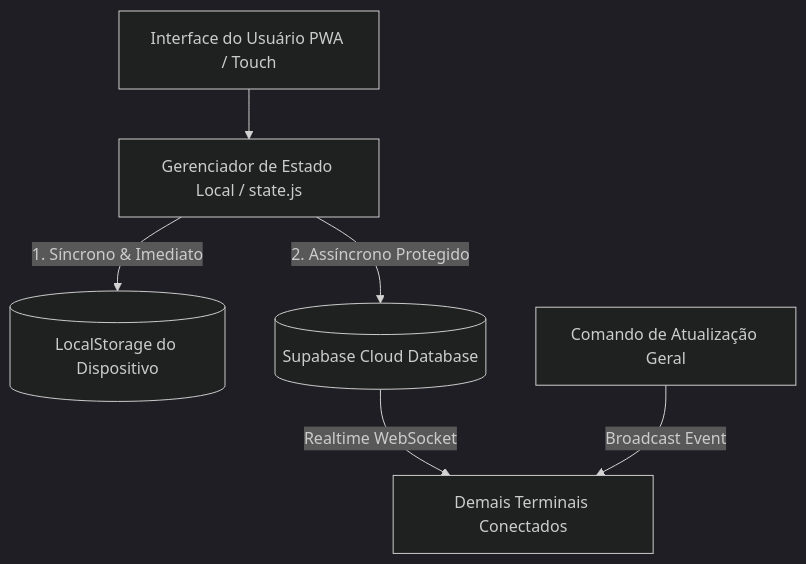
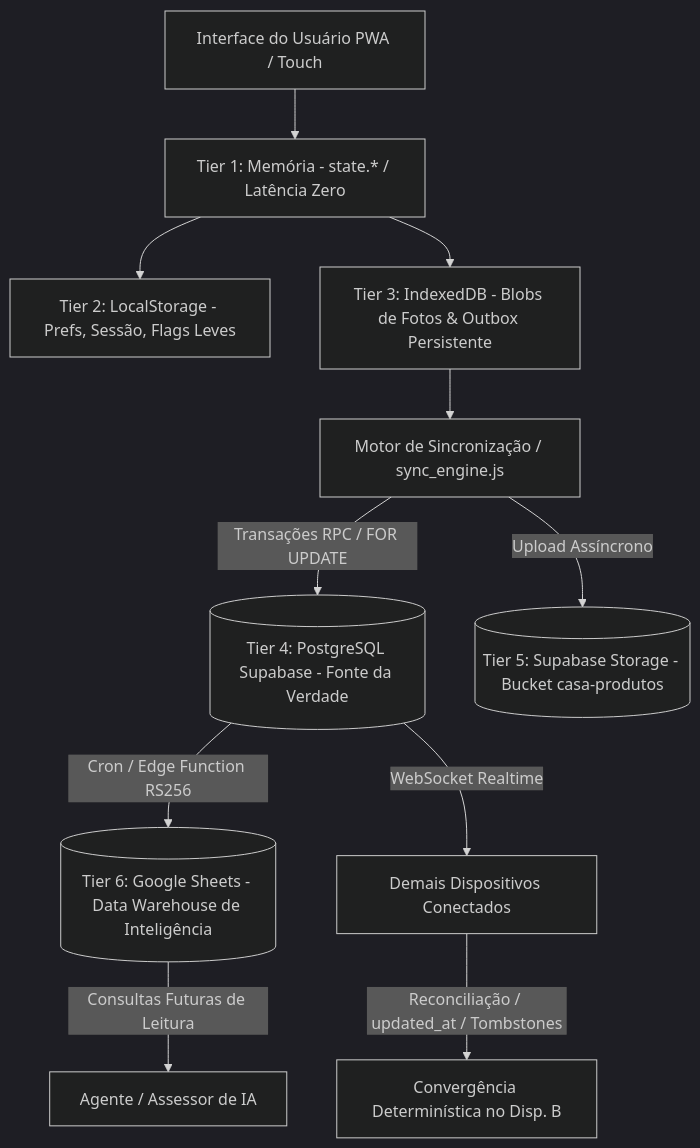
The diagram in docs/FICHA_TECNICA_E_REGRAS_DO_PROJETO.md (devMalone/casa-do-sagrado), drawn with Mermaid (dark theme) before and after one commit. The commit also changed other lines of this file and 22 other files, not shown here.

Commit message:
feat: release v23.4.1 - arquitetura robusta de atualizacao, sku, fotos por variacao, categorias e google sheets

````diff
--- a/docs/FICHA_TECNICA_E_REGRAS_DO_PROJETO.md
+++ b/docs/FICHA_TECNICA_E_REGRAS_DO_PROJETO.md
@@ -13,8 +52,13 @@
 ```mermaid
 graph TD
-    UI[Interface do Usuário PWA / Touch] --> State[Gerenciador de Estado Local / state.js]
-    State -->|1. Síncrono & Imediato| LocalStorage[(LocalStorage do Dispositivo)]
-    State -->|2. Assíncrono Protegido| Supabase[(Supabase Cloud Database)]
-    Supabase -->|Realtime WebSocket| Terminais[Demais Terminais Conectados]
-    Broadcast[Comando de Atualização Geral] -->|Broadcast Event| Terminais
+    UI[Interface do Usuário PWA / Touch] --> StateMem[Tier 1: Memória - state.* / Latência Zero]
+    StateMem --> LocalStorage[Tier 2: LocalStorage - Prefs, Sessão, Flags Leves]
+    StateMem --> IndexedDB[Tier 3: IndexedDB - Blobs de Fotos & Outbox Persistente]
+    IndexedDB --> SyncEngine[Motor de Sincronização / sync_engine.js]
+    SyncEngine -->|Transações RPC / FOR UPDATE| Postgres[(Tier 4: PostgreSQL Supabase - Fonte da Verdade)]
+    SyncEngine -->|Upload Assíncrono| SupabaseStorage[(Tier 5: Supabase Storage - Bucket casa-produtos)]
+    Postgres -->|Cron / Edge Function RS256| Sheets[(Tier 6: Google Sheets - Data Warehouse de Inteligência)]
+    Sheets -->|Consultas Futuras de Leitura| IAFutura[Agente / Assessor de IA]
+    Postgres -->|WebSocket Realtime| DemaisTerminais[Demais Dispositivos Conectados]
+    DemaisTerminais -->|Reconciliação / updated_at / Tombstones| LocalB[Convergência Determinística no Disp. B]
 ```
````
